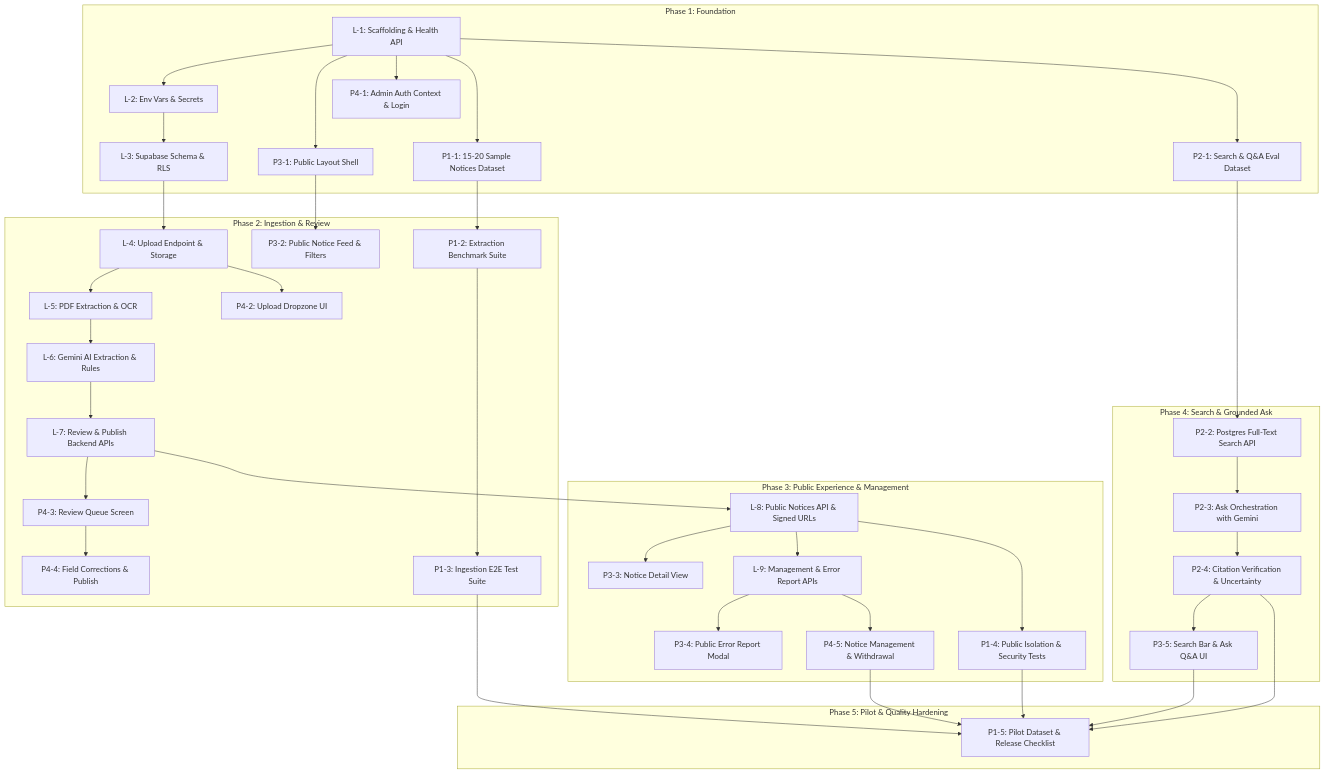
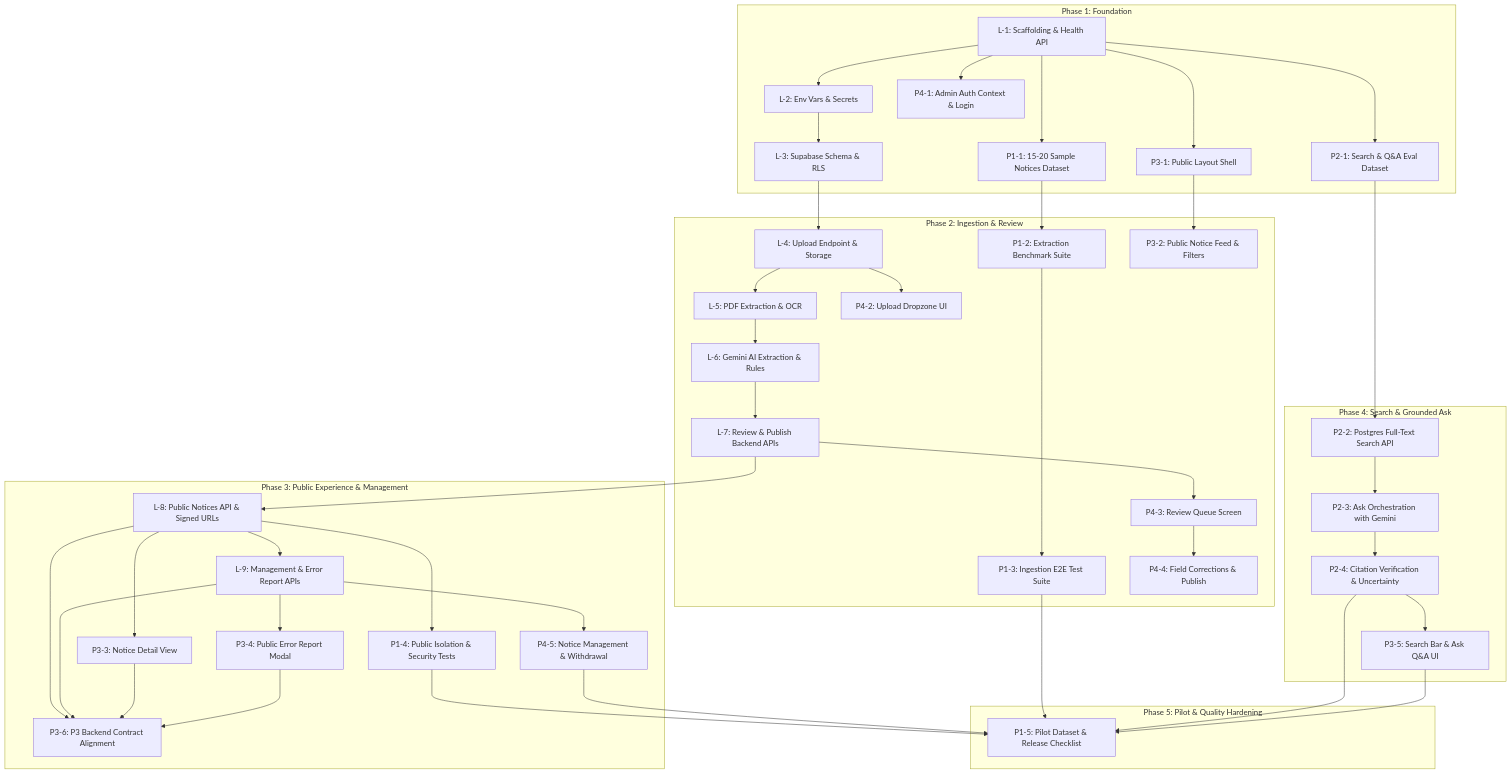
Before and after one commit to tomeshmandle-collab/campus_intelligence: the diagram in docs/MASTER_PROJECT_ISSUES.md, drawn with Mermaid. The commit also changed other lines of this file and 2 other files, not shown here.

Commit message:
docs(roadmap): add P3-6 alignment issue and update P1-3 workflow for L-4..L-9 compatibility

````diff
--- a/docs/MASTER_PROJECT_ISSUES.md
+++ b/docs/MASTER_PROJECT_ISSUES.md
@@ -428,44 +453,45 @@
 ```mermaid
 flowchart TD
     subgraph Phase1["Phase 1: Foundation"]
         L1["L-1: Scaffolding & Health API"] --> L2["L-2: Env Vars & Secrets"]
         L2 --> L3["L-3: Supabase Schema & RLS"]
         L1 --> P3_1["P3-1: Public Layout Shell"]
         L1 --> P4_1["P4-1: Admin Auth Context & Login"]
         L1 --> P1_1["P1-1: 15-20 Sample Notices Dataset"]
         L1 --> P2_1["P2-1: Search & Q&A Eval Dataset"]
     end
 
     subgraph Phase2["Phase 2: Ingestion & Review"]
         L3 --> L4["L-4: Upload Endpoint & Storage"]
         L4 --> L5["L-5: PDF Extraction & OCR"]
         L5 --> L6["L-6: Gemini AI Extraction & Rules"]
         L6 --> L7["L-7: Review & Publish Backend APIs"]
         P1_1 --> P1_2["P1-2: Extraction Benchmark Suite"]
         P1_2 --> P1_3["P1-3: Ingestion E2E Test Suite"]
         L4 --> P4_2["P4-2: Upload Dropzone UI"]
         L7 --> P4_3["P4-3: Review Queue Screen"]
         P4_3 --> P4_4["P4-4: Field Corrections & Publish"]
         P3_1 --> P3_2["P3-2: Public Notice Feed & Filters"]
     end
 
     subgraph Phase3["Phase 3: Public Experience & Management"]
         L7 --> L8["L-8: Public Notices API & Signed URLs"]
         L8 --> P3_3["P3-3: Notice Detail View"]
         L8 --> L9["L-9: Management & Error Report APIs"]
         L9 --> P3_4["P3-4: Public Error Report Modal"]
+        L8 & L9 & P3_3 & P3_4 --> P3_6["P3-6: P3 Backend Contract Alignment"]
         L9 --> P4_5["P4-5: Notice Management & Withdrawal"]
         L8 --> P1_4["P1-4: Public Isolation & Security Tests"]
     end
 
     subgraph Phase4["Phase 4: Search & Grounded Ask"]
         P2_1 --> P2_2["P2-2: Postgres Full-Text Search API"]
         P2_2 --> P2_3["P2-3: Ask Orchestration with Gemini"]
         P2_3 --> P2_4["P2-4: Citation Verification & Uncertainty"]
         P2_4 --> P3_5["P3-5: Search Bar & Ask Q&A UI"]
     end
 
     subgraph Phase5["Phase 5: Pilot & Quality Hardening"]
         P1_3 & P1_4 & P2_4 & P3_5 & P4_5 --> P1_5["P1-5: Pilot Dataset & Release Checklist"]
     end
 ```
````
